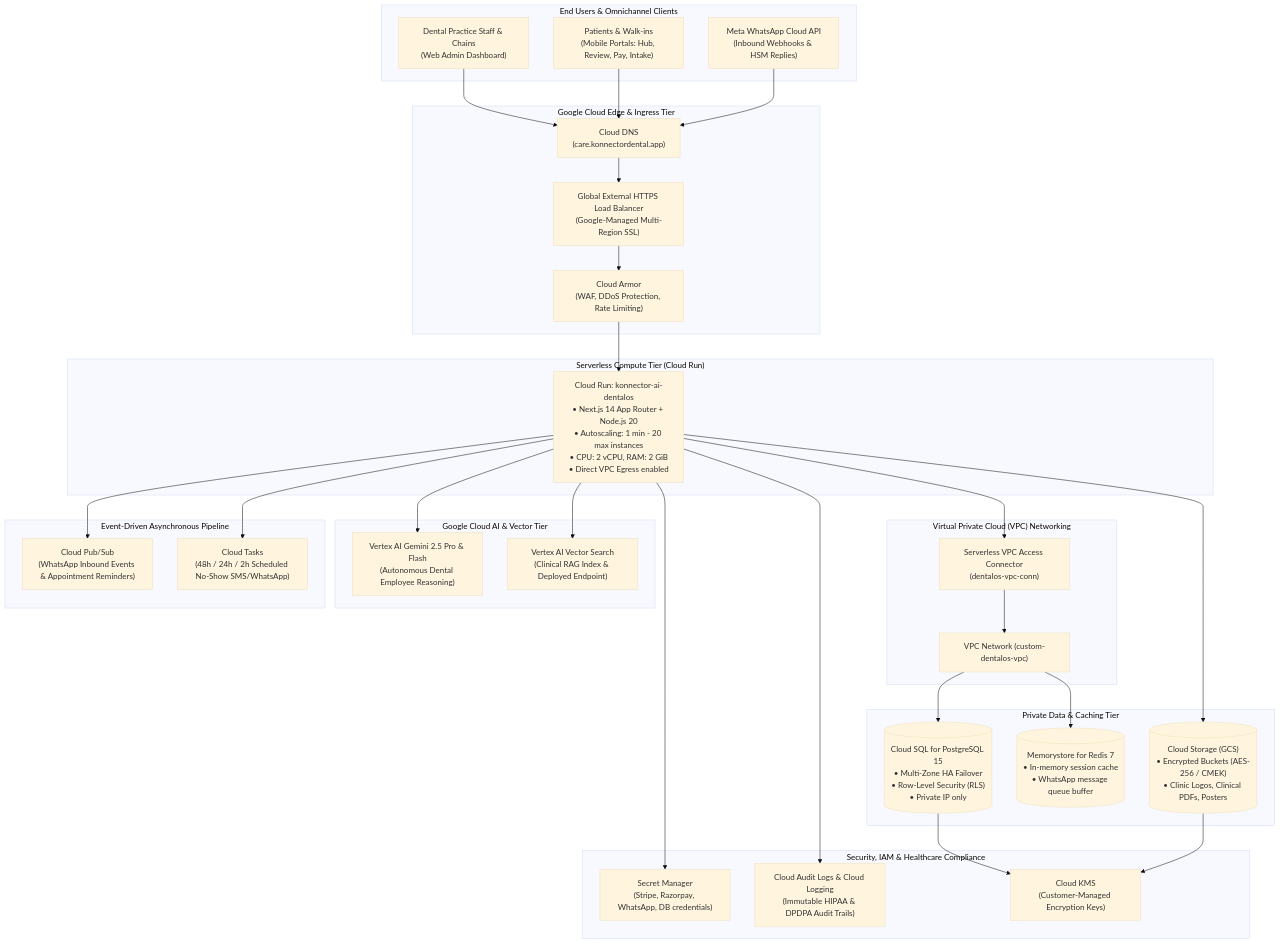
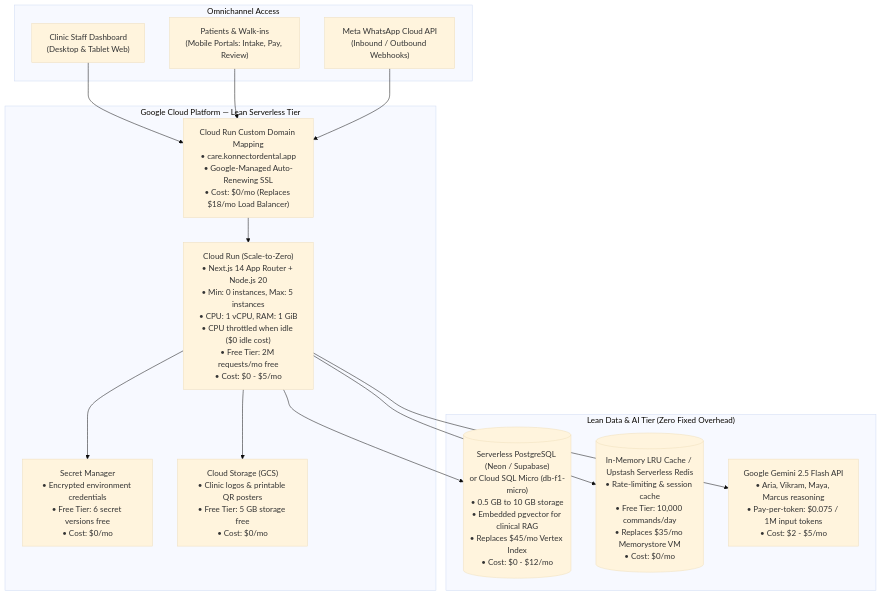
One commit to hcldatawithrajatk/Konnector-AI-DentalOS changed the diagram in GCP_DEPLOYMENT_GUIDE.md. Above: the diagram before and after it, drawn with Mermaid (base theme). The commit also changed other lines of this file and 2 other files, not shown here.

Commit message:
feat(infra): optimize for lean MVP (-25/mo), add BigQuery vs Postgres analysis, and scale-to-zero

````diff
--- a/GCP_DEPLOYMENT_GUIDE.md
+++ b/GCP_DEPLOYMENT_GUIDE.md
@@ -9,70 +11,38 @@
 ```mermaid
 flowchart TD
-    subgraph Users["End Users & Omnichannel Clients"]
-        Admin["Dental Practice Staff & Chains\n(Web Admin Dashboard)"]
-        Patient["Patients & Walk-ins\n(Mobile Portals: Hub, Review, Pay, Intake)"]
-        WhatsApp["Meta WhatsApp Cloud API\n(Inbound Webhooks & HSM Replies)"]
+    subgraph Clients["Omnichannel Access"]
+        Staff["Clinic Staff Dashboard\n(Desktop & Tablet Web)"]
+        Patient["Patients & Walk-ins\n(Mobile Portals: Intake, Pay, Review)"]
+        WhatsApp["Meta WhatsApp Cloud API\n(Inbound / Outbound Webhooks)"]
     end
 
-    subgraph EdgeTier["Google Cloud Edge & Ingress Tier"]
-        CloudDNS["Cloud DNS\n(care.konnectordental.app)"]
-        CloudArmor["Cloud Armor\n(WAF, DDoS Protection, Rate Limiting)"]
-        LoadBalancer["Global External HTTPS Load Balancer\n(Google-Managed Multi-Region SSL)"]
+    subgraph LeanGCP["Google Cloud Platform — Lean Serverless Tier"]
+        CloudRun["Cloud Run (Scale-to-Zero)\n• Next.js 14 App Router + Node.js 20\n• Min: 0 instances, Max: 5 instances\n• CPU: 1 vCPU, RAM: 1 GiB\n• CPU throttled when idle ($0 idle cost)\n• Free Tier: 2M requests/mo free\n• Cost: $0 - $5/mo"]
+        
+        CustomDomain["Cloud Run Custom Domain Mapping\n• care.konnectordental.app\n• Google-Managed Auto-Renewing SSL\n• Cost: $0/mo (Replaces $18/mo Load Balancer)"]
+        
+        SecretMgr["Secret Manager\n• Encrypted environment credentials\n• Free Tier: 6 secret versions free\n• Cost: $0/mo"]
+        
+        GCS["Cloud Storage (GCS)\n• Clinic logos & printable QR posters\n• Free Tier: 5 GB storage free\n• Cost: $0/mo"]
     end
 
-    subgraph ComputeTier["Serverless Compute Tier (Cloud Run)"]
-        CloudRun["Cloud Run: konnector-ai-dentalos\n• Next.js 14 App Router + Node.js 20\n• Autoscaling: 1 min - 20 max instances\n• CPU: 2 vCPU, RAM: 2 GiB\n• Direct VPC Egress enabled"]
-    end
-
-    subgraph VpcTier["Virtual Private Cloud (VPC) Networking"]
-        VPC["VPC Network (custom-dentalos-vpc)"]
-        VpcConnector["Serverless VPC Access Connector\n(dentalos-vpc-conn)"]
-    end
-
-    subgraph DataTier["Private Data & Caching Tier"]
-        CloudSQL[("Cloud SQL for PostgreSQL 15\n• Multi-Zone HA Failover\n• Row-Level Security (RLS)\n• Private IP only")]
-        Redis[("Memorystore for Redis 7\n• In-memory session cache\n• WhatsApp message queue buffer")]
-        CloudStorage[("Cloud Storage (GCS)\n• Encrypted Buckets (AES-256 / CMEK)\n• Clinic Logos, Clinical PDFs, Posters")]
-    end
-
-    subgraph AITier["Google Cloud AI & Vector Tier"]
-        VertexGemini["Vertex AI Gemini 2.5 Pro & Flash\n(Autonomous Dental Employee Reasoning)"]
-        VertexVector["Vertex AI Vector Search\n(Clinical RAG Index & Deployed Endpoint)"]
-    end
-
-    subgraph AsyncTier["Event-Driven Asynchronous Pipeline"]
-        PubSub["Cloud Pub/Sub\n(WhatsApp Inbound Events & Appointment Reminders)"]
-        CloudTasks["Cloud Tasks\n(48h / 24h / 2h Scheduled No-Show SMS/WhatsApp)"]
-    end
-
-    subgraph SecurityTier["Security, IAM & Healthcare Compliance"]
-        SecretMgr["Secret Manager\n(Stripe, Razorpay, WhatsApp, DB credentials)"]
-        AuditLogs["Cloud Audit Logs & Cloud Logging\n(Immutable HIPAA & DPDPA Audit Trails)"]
-        CloudKMS["Cloud KMS\n(Customer-Managed Encryption Keys)"]
+    subgraph DataAI["Lean Data & AI Tier (Zero Fixed Overhead)"]
+        DB[("Serverless PostgreSQL (Neon / Supabase)\nor Cloud SQL Micro (db-f1-micro)\n• 0.5 GB to 10 GB storage\n• Embedded pgvector for clinical RAG\n• Replaces $45/mo Vertex Index\n• Cost: $0 - $12/mo")]
+        
+        Cache[("In-Memory LRU Cache / Upstash Serverless Redis\n• Rate-limiting & session cache\n• Free Tier: 10,000 commands/day\n• Replaces $35/mo Memorystore VM\n• Cost: $0/mo")]
+        
+        Gemini["Google Gemini 2.5 Flash API\n• Aria, Vikram, Maya, Marcus reasoning\n• Pay-per-token: $0.075 / 1M input tokens\n• Cost: $2 - $5/mo"]
     end
 
     %% Connections
-    Admin --> CloudDNS
-    Patient --> CloudDNS
-    WhatsApp --> CloudDNS
+    Staff --> CustomDomain
+    Patient --> CustomDomain
+    WhatsApp --> CustomDomain
 
-    CloudDNS --> LoadBalancer
-    LoadBalancer --> CloudArmor
-    CloudArmor --> CloudRun
-
-    CloudRun --> VpcConnector
-    VpcConnector --> VPC
-    VPC --> CloudSQL
-    VPC --> Redis
-
-    CloudRun --> CloudStorage
-    CloudRun --> VertexGemini
-    CloudRun --> VertexVector
-    CloudRun --> PubSub
-    CloudRun --> CloudTasks
-
+    CustomDomain --> CloudRun
+    CloudRun --> DB
+    CloudRun --> Cache
+    CloudRun --> Gemini
     CloudRun --> SecretMgr
-    CloudRun --> AuditLogs
-    CloudSQL --> CloudKMS
-    CloudStorage --> CloudKMS
+    CloudRun --> GCS
 ```
````
